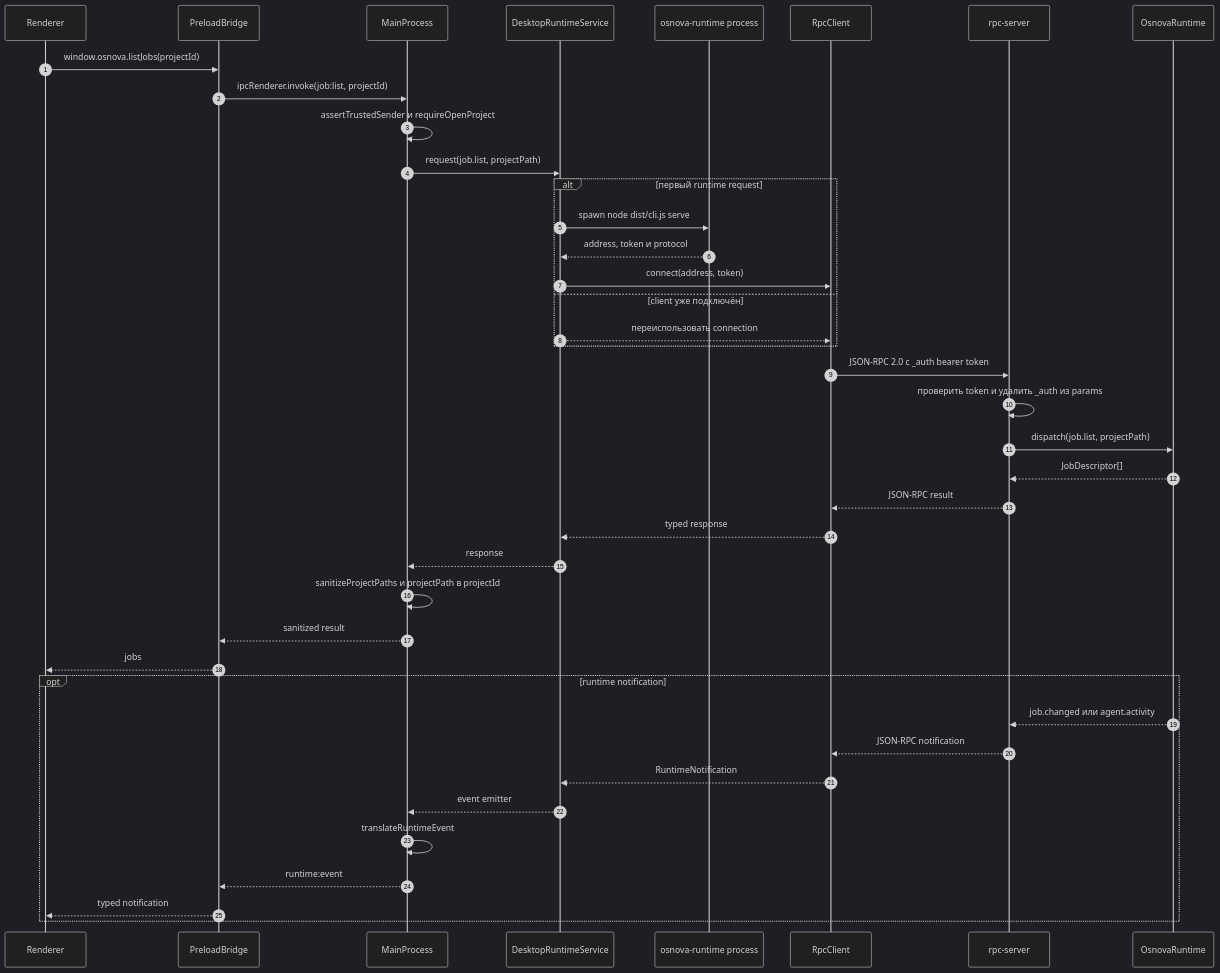
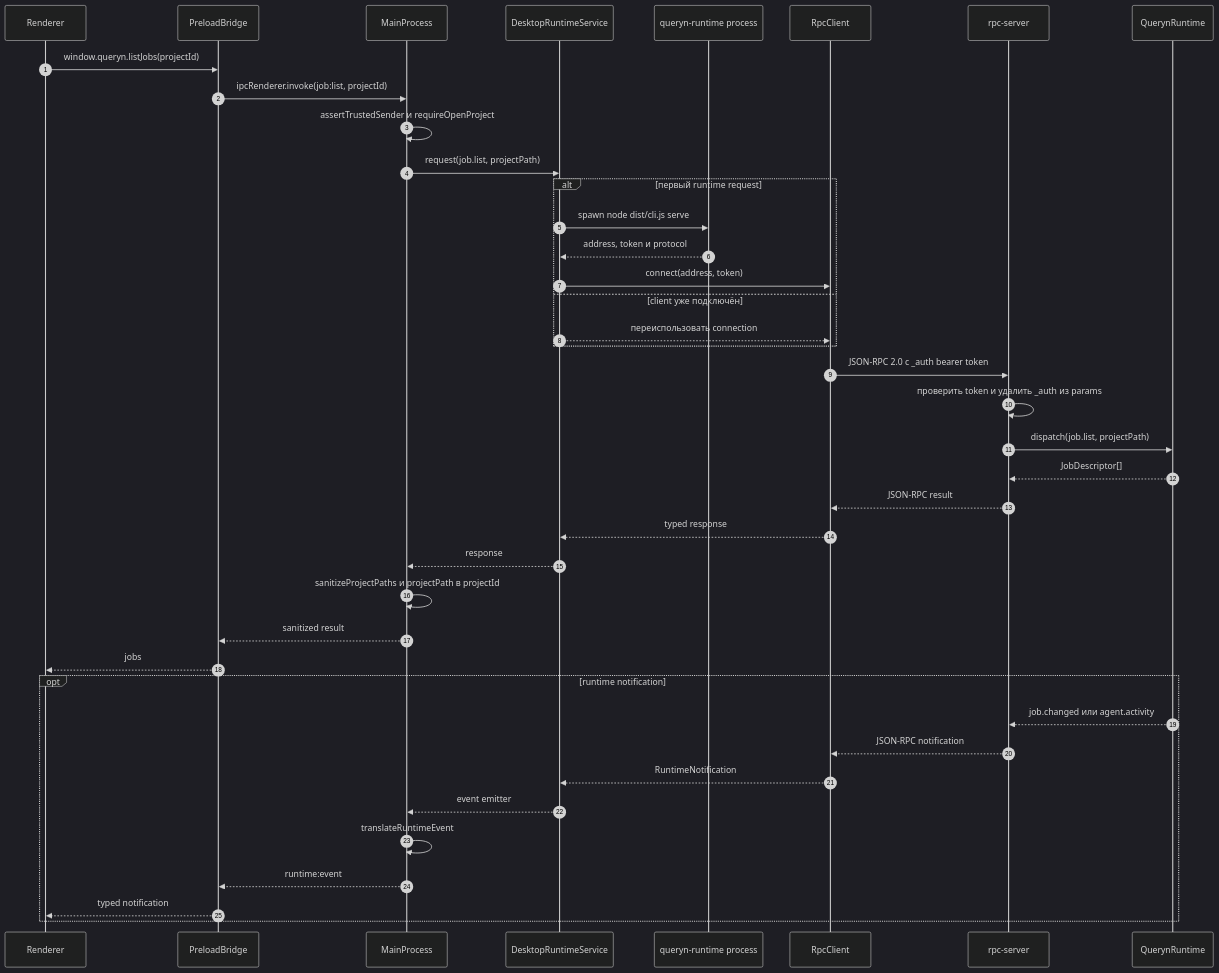
One commit to Queryn-labs/queryn-docs changed the sixth of 6 diagrams in docs/architecture/flows.md. Above: the diagram before and after it, drawn with Mermaid (dark theme). The commit also changed other lines of this file and 48 other files, not shown here.

````diff
--- a/docs/architecture/flows.md
+++ b/docs/architecture/flows.md
@@ -441,46 +441,46 @@
 ```mermaid
 sequenceDiagram
     autonumber
     participant Renderer as Renderer
     participant Preload as PreloadBridge
     participant Main as MainProcess
     participant DesktopRuntime as DesktopRuntimeService
-    participant RuntimeProcess as osnova-runtime process
+    participant RuntimeProcess as queryn-runtime process
     participant Client as RpcClient
     participant Server as rpc-server
-    participant Runtime as OsnovaRuntime
+    participant Runtime as QuerynRuntime
 
-    Renderer->>Preload: window.osnova.listJobs(projectId)
+    Renderer->>Preload: window.queryn.listJobs(projectId)
     Preload->>Main: ipcRenderer.invoke(job:list, projectId)
     Main->>Main: assertTrustedSender и requireOpenProject
     Main->>DesktopRuntime: request(job.list, projectPath)
 
     alt первый runtime request
         DesktopRuntime->>RuntimeProcess: spawn node dist/cli.js serve
         RuntimeProcess-->>DesktopRuntime: address, token и protocol
         DesktopRuntime->>Client: connect(address, token)
     else client уже подключён
         DesktopRuntime-->>Client: переиспользовать connection
     end
 
     Client->>Server: JSON-RPC 2.0 с _auth bearer token
     Server->>Server: проверить token и удалить _auth из params
     Server->>Runtime: dispatch(job.list, projectPath)
     Runtime-->>Server: JobDescriptor[]
     Server-->>Client: JSON-RPC result
     Client-->>DesktopRuntime: typed response
     DesktopRuntime-->>Main: response
     Main->>Main: sanitizeProjectPaths и projectPath в projectId
     Main-->>Preload: sanitized result
     Preload-->>Renderer: jobs
 
     opt runtime notification
         Runtime-->>Server: job.changed или agent.activity
         Server-->>Client: JSON-RPC notification
         Client-->>DesktopRuntime: RuntimeNotification
         DesktopRuntime-->>Main: event emitter
         Main->>Main: translateRuntimeEvent
         Main-->>Preload: runtime:event
         Preload-->>Renderer: typed notification
     end
 ```
````
